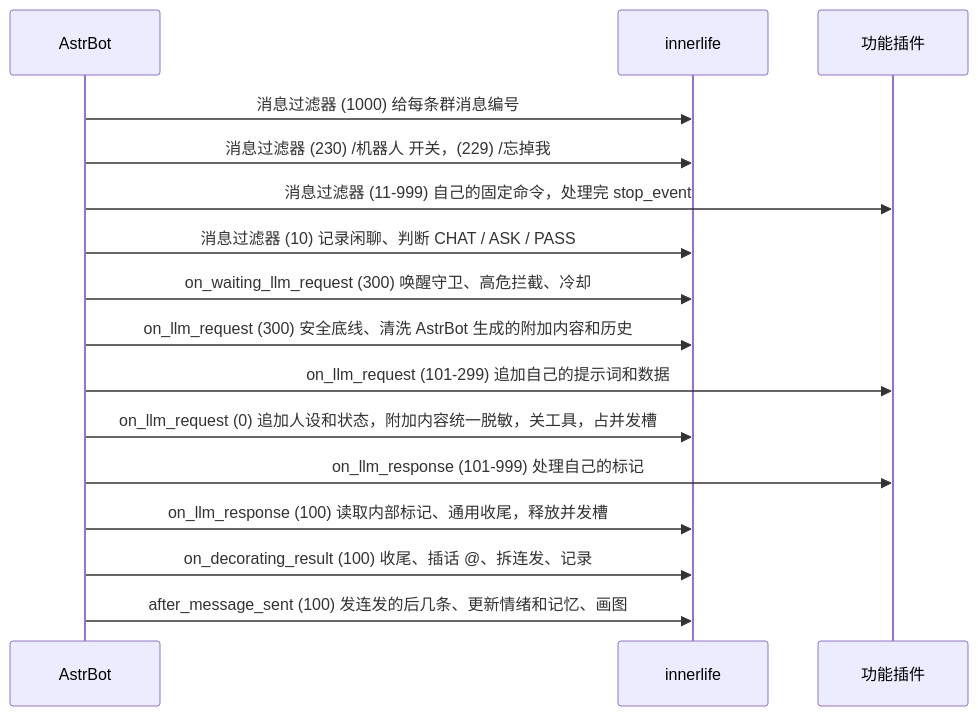
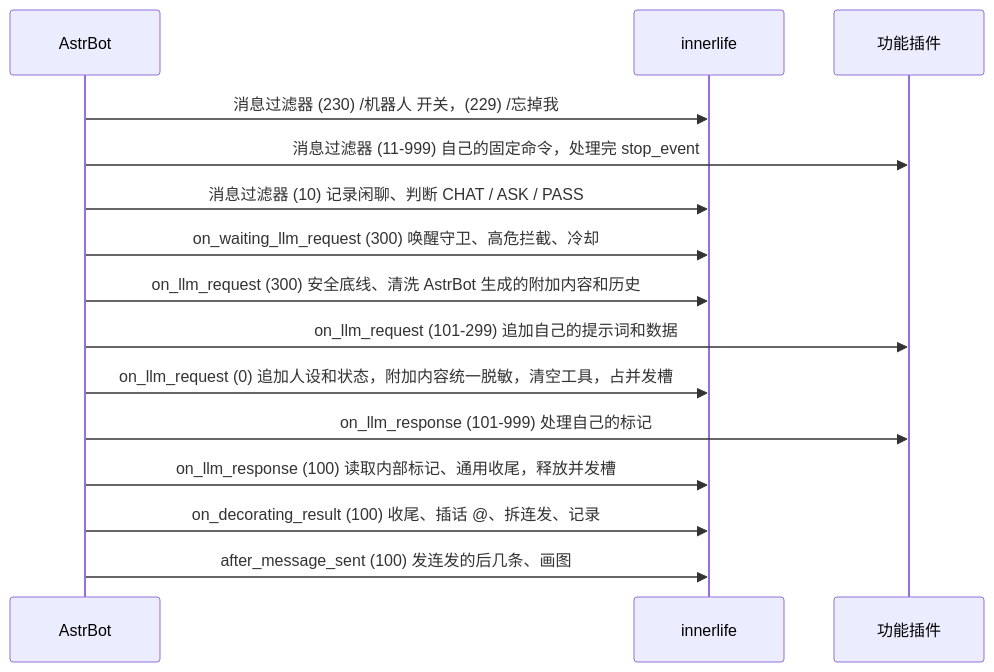
Before and after one commit to DawnJson/astrbot_plugin_innerlife: the diagram in docs/design.md, drawn with Mermaid. The commit also changed other lines of this file and 25 other files, not shown here.

````diff
--- a/docs/design.md
+++ b/docs/design.md
@@ -20,18 +36,17 @@
 ```mermaid
 sequenceDiagram
     participant A as AstrBot
     participant I as innerlife
     participant D as 功能插件
-    A->>I: 消息过滤器 (1000) 给每条群消息编号
     A->>I: 消息过滤器 (230) /机器人 开关，(229) /忘掉我
     A->>D: 消息过滤器 (11-999) 自己的固定命令，处理完 stop_event
     A->>I: 消息过滤器 (10) 记录闲聊、判断 CHAT / ASK / PASS
     A->>I: on_waiting_llm_request (300) 唤醒守卫、高危拦截、冷却
     A->>I: on_llm_request (300) 安全底线、清洗 AstrBot 生成的附加内容和历史
     A->>D: on_llm_request (101-299) 追加自己的提示词和数据
-    A->>I: on_llm_request (0) 追加人设和状态，附加内容统一脱敏，关工具，占并发槽
+    A->>I: on_llm_request (0) 追加人设和状态，附加内容统一脱敏，清空工具，占并发槽
     A->>D: on_llm_response (101-999) 处理自己的标记
     A->>I: on_llm_response (100) 读取内部标记、通用收尾，释放并发槽
     A->>I: on_decorating_result (100) 收尾、插话 @、拆连发、记录
-    A->>I: after_message_sent (100) 发连发的后几条、更新情绪和记忆、画图
+    A->>I: after_message_sent (100) 发连发的后几条、画图
 ```
````
